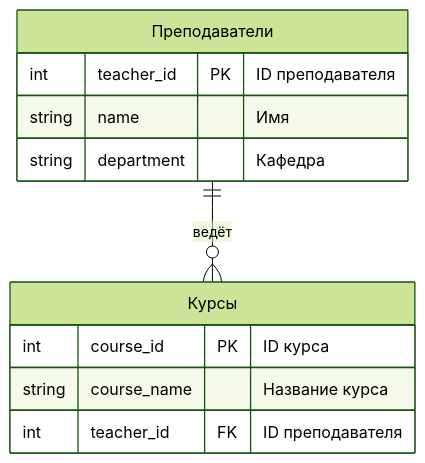
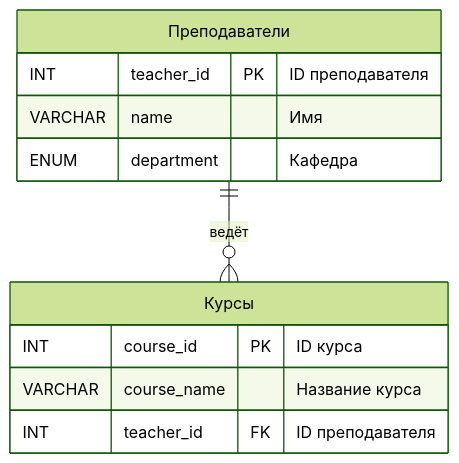
One commit to vshp-online/it.vshp.online changed the fourth of 5 diagrams in disciplines/it03/lectures/02_lecture.md. Above: the diagram before and after it, drawn with Mermaid (forest theme). The commit also changed other lines of this file, not shown here.

````diff
--- a/disciplines/it03/lectures/02_lecture.md
+++ b/disciplines/it03/lectures/02_lecture.md
@@ -359,14 +359,14 @@
 ```mermaid
 erDiagram
     Teachers["Преподаватели"] {
-        int teacher_id PK "ID преподавателя"
-        string name "Имя"
-        string department "Кафедра"
+        INT teacher_id PK "ID преподавателя"
+        VARCHAR name "Имя"
+        ENUM department "Кафедра"
     }
     Courses["Курсы"] {
-        int course_id PK "ID курса"
-        string course_name "Название курса"
-        int teacher_id FK "ID преподавателя"
+        INT course_id PK "ID курса"
+        VARCHAR course_name "Название курса"
+        INT teacher_id FK "ID преподавателя"
     }
     Teachers ||--o{ Courses : "ведёт"
 ```
````
